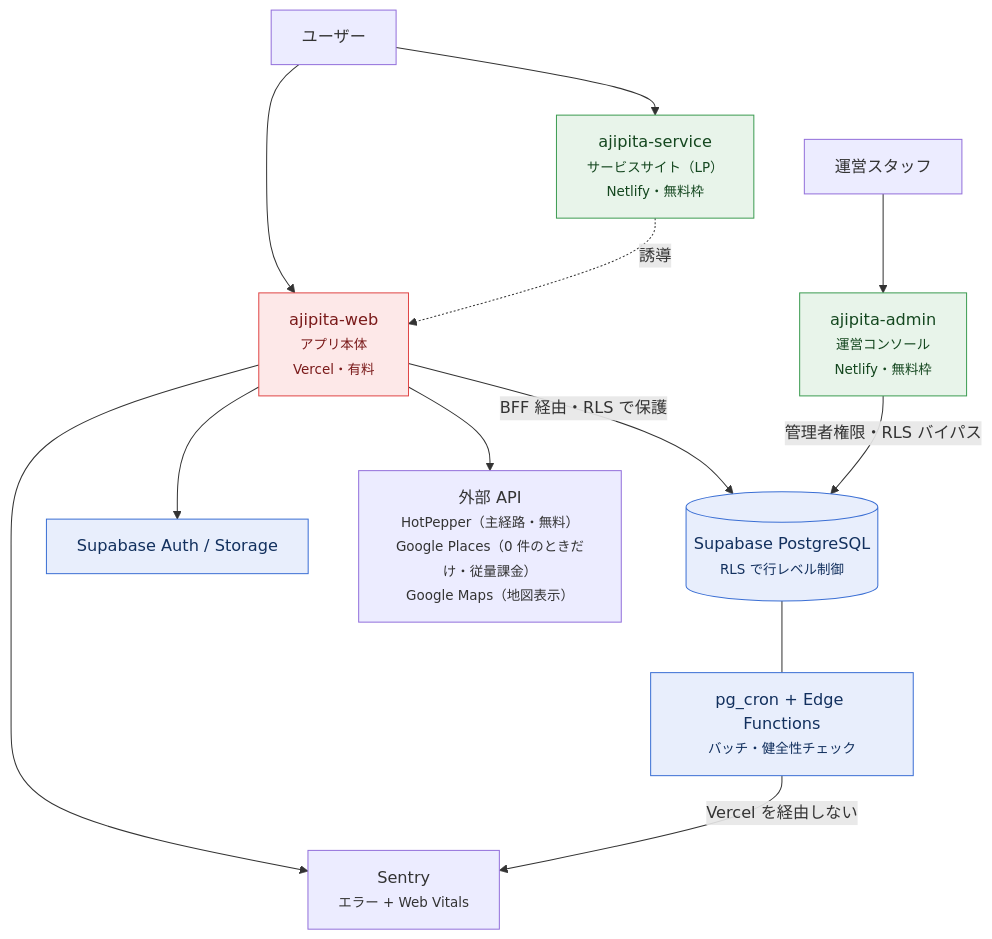
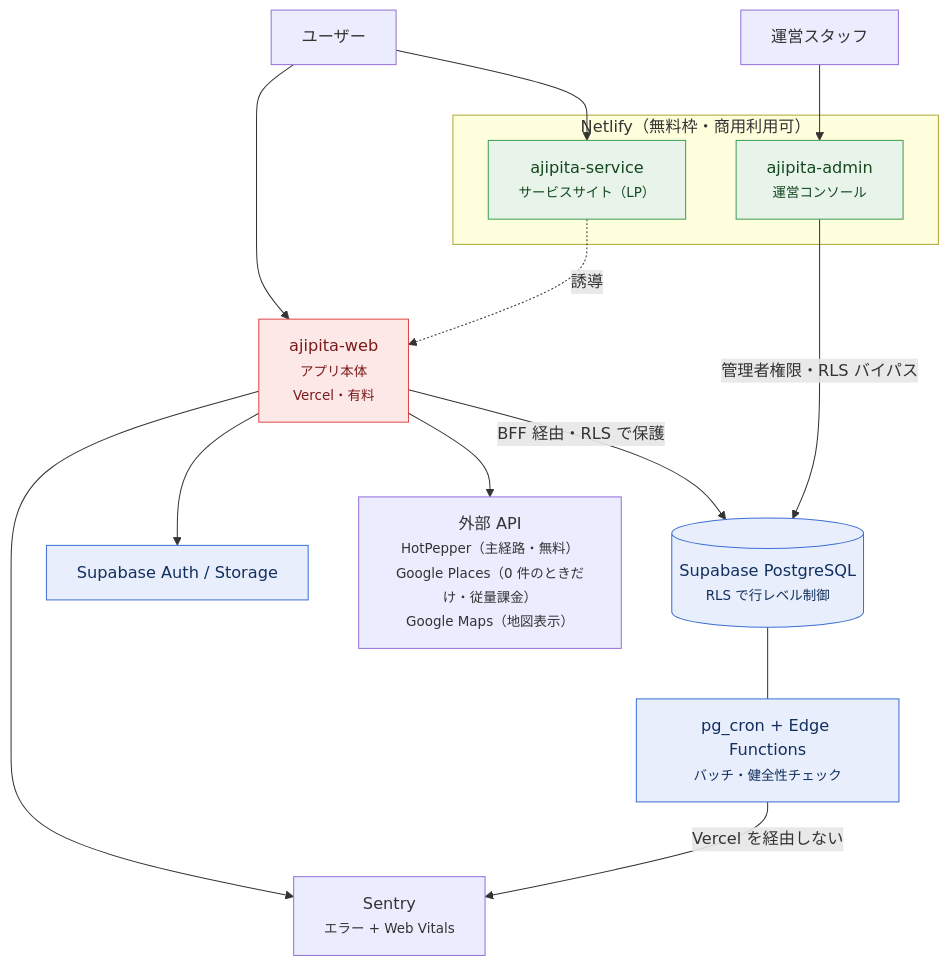
The first of 4 diagrams in docs/diagrams.md (tzptzptzptzptzp/ajipita-inside), drawn with Mermaid before and after one commit. The commit also changed 1 other file, not shown here.

Commit message:
📊 Netlify を箱で表現し、スマートフォン優先の記述を外す
- インフラ図: admin / service を Netlify の subgraph に入れる（892x928）
  Vercel も箱にする案は1ノードで横長になるためノード表記のまま
- README: 形態を「レスポンシブ対応」に（PC 版も同等に作っているため）

````diff
--- a/docs/diagrams.md
+++ b/docs/diagrams.md
@@ -9,37 +9,40 @@
 ```mermaid
 flowchart TB
     U["ユーザー"]
     OP["運営スタッフ"]
 
-    SERVICE["ajipita-service<br/><small>サービスサイト（LP）<br/>Netlify・無料枠</small>"]
     WEB["ajipita-web<br/><small>アプリ本体<br/>Vercel・有料</small>"]
-    ADMIN["ajipita-admin<br/><small>運営コンソール<br/>Netlify・無料枠</small>"]
+
+    subgraph netlify["Netlify（無料枠・商用利用可）"]
+        SERVICE["ajipita-service<br/><small>サービスサイト（LP）</small>"]
+        ADMIN["ajipita-admin<br/><small>運営コンソール</small>"]
+    end
 
     DB[("Supabase PostgreSQL<br/><small>RLS で行レベル制御</small>")]
     SBX["Supabase Auth / Storage"]
     CRON["pg_cron + Edge Functions<br/><small>バッチ・健全性チェック</small>"]
 
     EXT["外部 API<br/><small>HotPepper（主経路・無料）<br/>Google Places（0 件のときだけ・従量課金）<br/>Google Maps（地図表示）</small>"]
     SENTRY["Sentry<br/><small>エラー + Web Vitals</small>"]
 
     U --> SERVICE
     U --> WEB
     OP --> ADMIN
     SERVICE -.->|"誘導"| WEB
 
     WEB -->|"BFF 経由・RLS で保護"| DB
     ADMIN -->|"管理者権限・RLS バイパス"| DB
     WEB --> SBX
     WEB --> EXT
     WEB --> SENTRY
 
     DB --- CRON
     CRON -->|"Vercel を経由しない"| SENTRY
 
     classDef paid fill:#fde8e8,stroke:#e04747,color:#7a1a1a
     classDef free fill:#e8f4ea,stroke:#3d9c52,color:#14471f
     classDef data fill:#e8eefc,stroke:#3b6fd4,color:#12305e
     class WEB paid
     class SERVICE,ADMIN free
     class DB,SBX,CRON data
 ```
````
